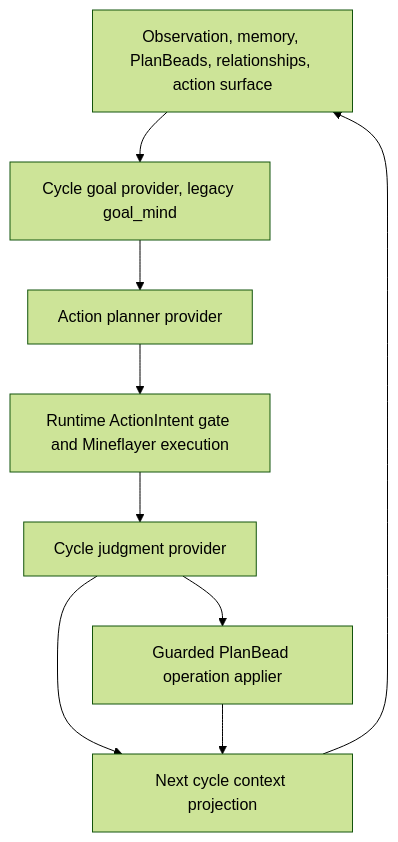
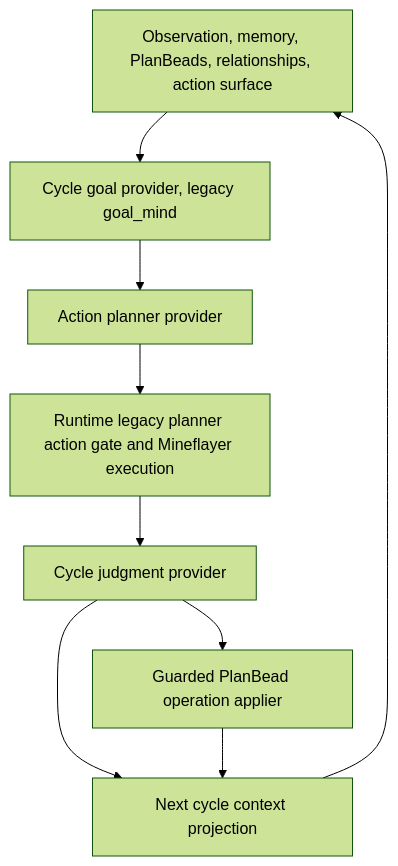
Before and after one commit to gigio1023/minecraft-llm-agent-community: the first of 2 diagrams in docs/blog-doc/Architecture/Actor-Episode-And-Actor-Turn-Architecture.md, drawn with Mermaid (forest theme). The commit also changed other lines of this file and 218 other files, not shown here.

````diff
--- a/docs/blog-doc/Architecture/Actor-Episode-And-Actor-Turn-Architecture.md
+++ b/docs/blog-doc/Architecture/Actor-Episode-And-Actor-Turn-Architecture.md
@@ -75,11 +79,11 @@
 ```mermaid
 flowchart TD
   Obs["Observation, memory, PlanBeads, relationships, action surface"] --> Goal["Cycle goal provider, legacy goal_mind"]
   Goal --> Planner["Action planner provider"]
-  Planner --> Runtime["Runtime ActionIntent gate and Mineflayer execution"]
+  Planner --> Runtime["Runtime legacy planner action gate and Mineflayer execution"]
   Runtime --> Judgment["Cycle judgment provider"]
   Judgment --> PlanBeads["Guarded PlanBead operation applier"]
   Judgment --> Next["Next cycle context projection"]
   PlanBeads --> Next
   Next --> Obs
 ```
````
